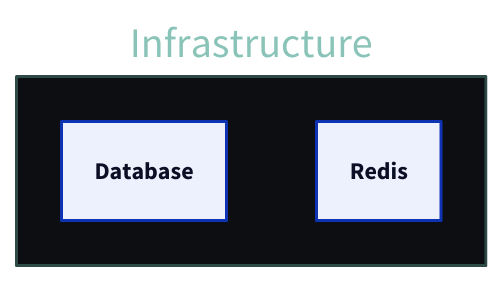
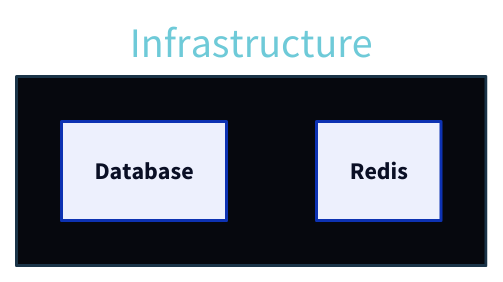
Before and after one commit to narma/omegon: the third of 3 diagrams in skills/style/SKILL.md, drawn with D2. The commit also changed other lines of this file and 10 other files, not shown here.

````diff
--- a/skills/style/SKILL.md
+++ b/skills/style/SKILL.md
@@ -110,12 +107,12 @@
 ```d2
 group: Infrastructure {
   style: {
-    fill: "#0c0e12"
-    stroke: "#2d4a47"
-    font-color: "#8ac4b8"
+    fill: "#06080e"
+    stroke: "#1a3448"
+    font-color: "#6ecad8"
   }
 
   db: Database
   cache: Redis
 }
 ```
````
